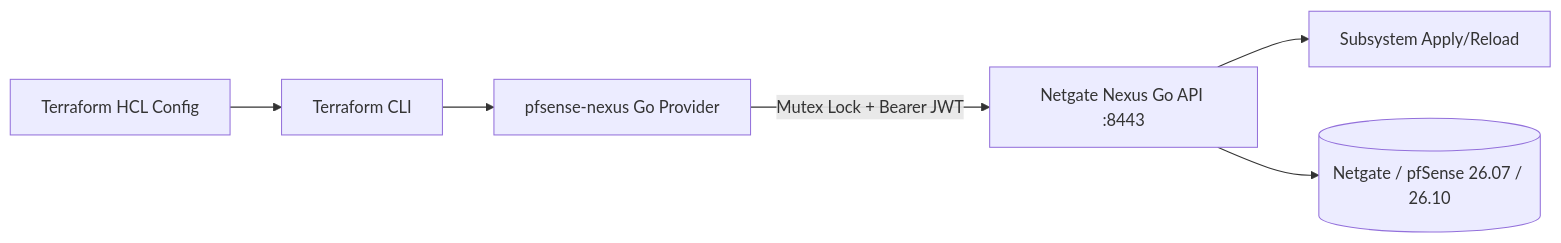
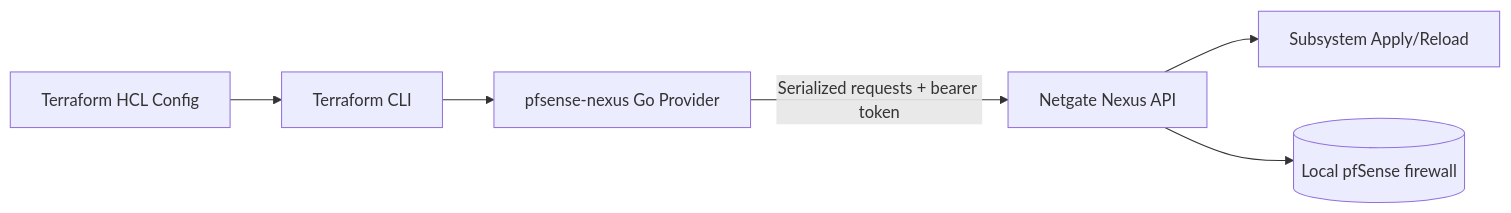
The diagram in BRD.md (geo-gaussian/pfsense-provider), drawn with Mermaid before and after one commit. The commit also changed other lines of this file and 59 other files, not shown here.

````diff
--- a/BRD.md
+++ b/BRD.md
@@ -45,8 +63,8 @@
 ```mermaid
 flowchart LR
     HCL[Terraform HCL Config] --> TF[Terraform CLI]
     TF --> Provider[pfsense-nexus Go Provider]
-    Provider -->|Mutex Lock + Bearer JWT| API[Netgate Nexus Go API :8443]
+    Provider -->|Serialized requests + bearer token| API[Netgate Nexus API]
     API --> Apply[Subsystem Apply/Reload]
-    API --> Router[(Netgate / pfSense 26.07 / 26.10)]
+    API --> Router[(Local pfSense firewall)]
 ```
````
